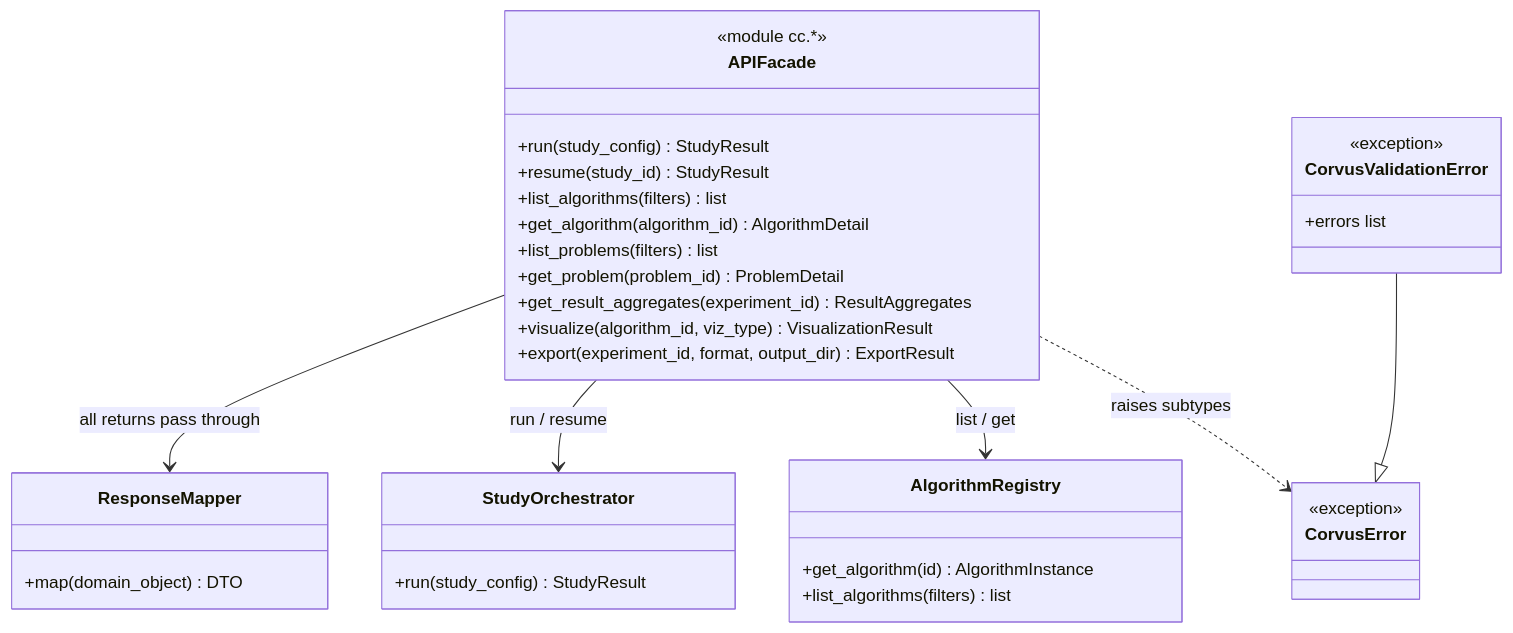
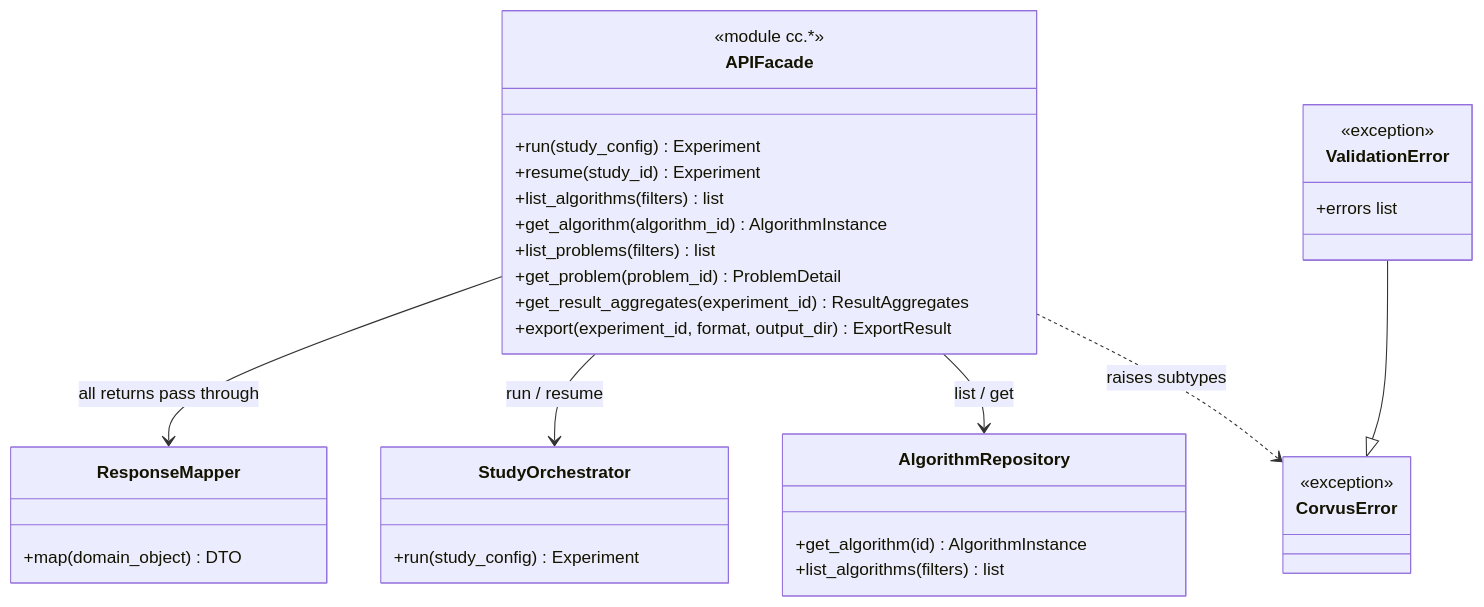
Before and after one commit to jedrzejpolaczek/aviarium.corvidae.corvus_corone: the diagram in docs/02-design/02-architecture/05-c4-level4-code/07-public-api-cli/02-api-facade.md, drawn with Mermaid. The commit also changed other lines of this file and 67 other files, not shown here.

````diff
--- a/docs/02-design/02-architecture/05-c4-level4-code/07-public-api-cli/02-api-facade.md
+++ b/docs/02-design/02-architecture/05-c4-level4-code/07-public-api-cli/02-api-facade.md
@@ -96,43 +92,42 @@
 ```mermaid
 classDiagram
   class APIFacade {
     <<module cc.*>>
-    +run(study_config) StudyResult
-    +resume(study_id) StudyResult
+    +run(study_config) Experiment
+    +resume(study_id) Experiment
     +list_algorithms(filters) list
-    +get_algorithm(algorithm_id) AlgorithmDetail
+    +get_algorithm(algorithm_id) AlgorithmInstance
     +list_problems(filters) list
     +get_problem(problem_id) ProblemDetail
     +get_result_aggregates(experiment_id) ResultAggregates
-    +visualize(algorithm_id, viz_type) VisualizationResult
     +export(experiment_id, format, output_dir) ExportResult
   }
 
   class ResponseMapper {
     +map(domain_object) DTO
   }
 
   class CorvusError {
     <<exception>>
   }
 
-  class CorvusValidationError {
+  class ValidationError {
     <<exception>>
     +errors list
   }
 
   class StudyOrchestrator {
-    +run(study_config) StudyResult
+    +run(study_config) Experiment
   }
 
-  class AlgorithmRegistry {
+  class AlgorithmRepository {
     +get_algorithm(id) AlgorithmInstance
     +list_algorithms(filters) list
   }
 
-  CorvusValidationError --|> CorvusError
+  ValidationError --|> CorvusError
   APIFacade --> ResponseMapper : all returns pass through
   APIFacade --> StudyOrchestrator : run / resume
-  APIFacade --> AlgorithmRegistry : list / get
+  APIFacade --> AlgorithmRepository : list / get
   APIFacade ..> CorvusError : raises subtypes
 ```
````
